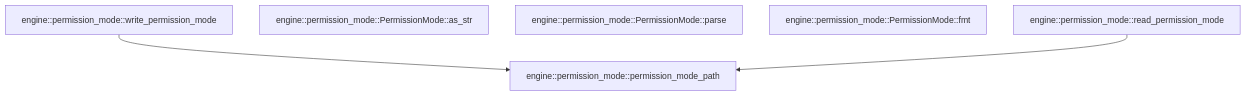
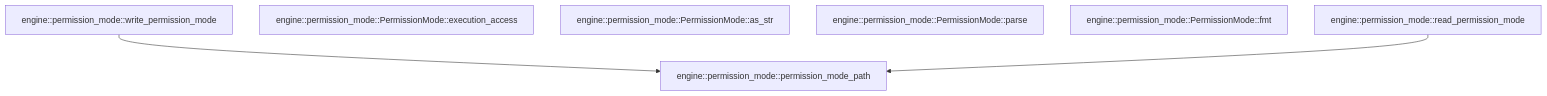
Before and after one commit to TekesApps/TekesKernel: the diagram in crates/engine/docs/generated/src--permission_mode.md, drawn with Mermaid. The commit also changed other lines of this file and 55 other files, not shown here.

First line of the commit message:
fix: align Full Access execution and release Kernel 0.9.2 (#83)

````diff
--- a/crates/engine/docs/generated/src--permission_mode.md
+++ b/crates/engine/docs/generated/src--permission_mode.md
@@ -52,11 +53,12 @@
 ```mermaid
 flowchart TD
   n0["engine::permission_mode::write_permission_mode"]
-  n1["engine::permission_mode::PermissionMode::as_str"]
-  n2["engine::permission_mode::PermissionMode::parse"]
-  n3["engine::permission_mode::PermissionMode::fmt"]
-  n4["engine::permission_mode::permission_mode_path"]
-  n5["engine::permission_mode::read_permission_mode"]
-  n0 --> n4
-  n5 --> n4
+  n1["engine::permission_mode::PermissionMode::execution_access"]
+  n2["engine::permission_mode::PermissionMode::as_str"]
+  n3["engine::permission_mode::PermissionMode::parse"]
+  n4["engine::permission_mode::PermissionMode::fmt"]
+  n5["engine::permission_mode::permission_mode_path"]
+  n6["engine::permission_mode::read_permission_mode"]
+  n0 --> n5
+  n6 --> n5
 ```
````
